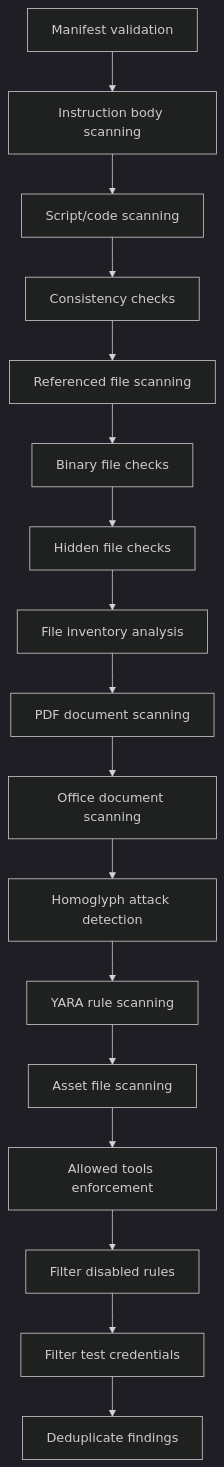
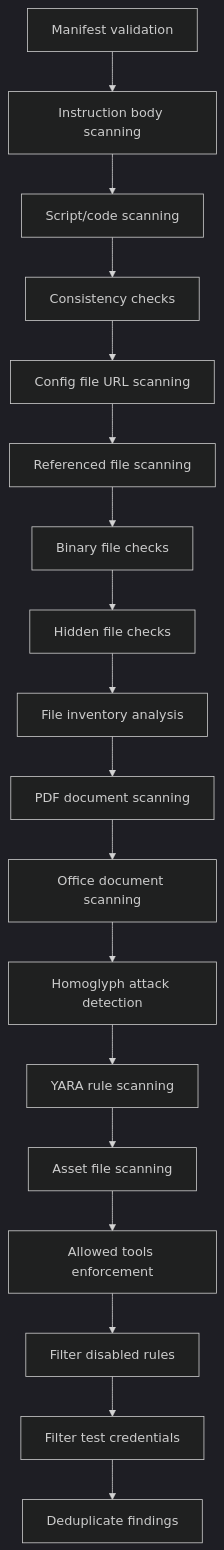
The diagram in docs/architecture/analyzers/static-analyzer.md (cisco-ai-defense/skill-scanner), drawn with Mermaid (dark theme) before and after one commit. The commit also changed other lines of this file and 9 other files, not shown here.

First line of the commit message:
feat(static): classify URLs in config files via shared url_classifier

````diff
--- a/docs/architecture/analyzers/static-analyzer.md
+++ b/docs/architecture/analyzers/static-analyzer.md
@@ -16,19 +16,20 @@
 ```mermaid
 flowchart TD
     A["Manifest validation"] --> B["Instruction body scanning"]
     B --> C["Script/code scanning"]
     C --> D["Consistency checks"]
-    D --> E["Referenced file scanning"]
+    D --> D3["Config file URL scanning"]
+    D3 --> E["Referenced file scanning"]
     E --> F["Binary file checks"]
     F --> G["Hidden file checks"]
     G --> H["File inventory analysis"]
     H --> I["PDF document scanning"]
     I --> J["Office document scanning"]
     J --> K["Homoglyph attack detection"]
     K --> L["YARA rule scanning"]
     L --> M["Asset file scanning"]
     M --> N["Allowed tools enforcement"]
     N --> O["Filter disabled rules"]
     O --> P["Filter test credentials"]
     P --> Q["Deduplicate findings"]
 ```
````
